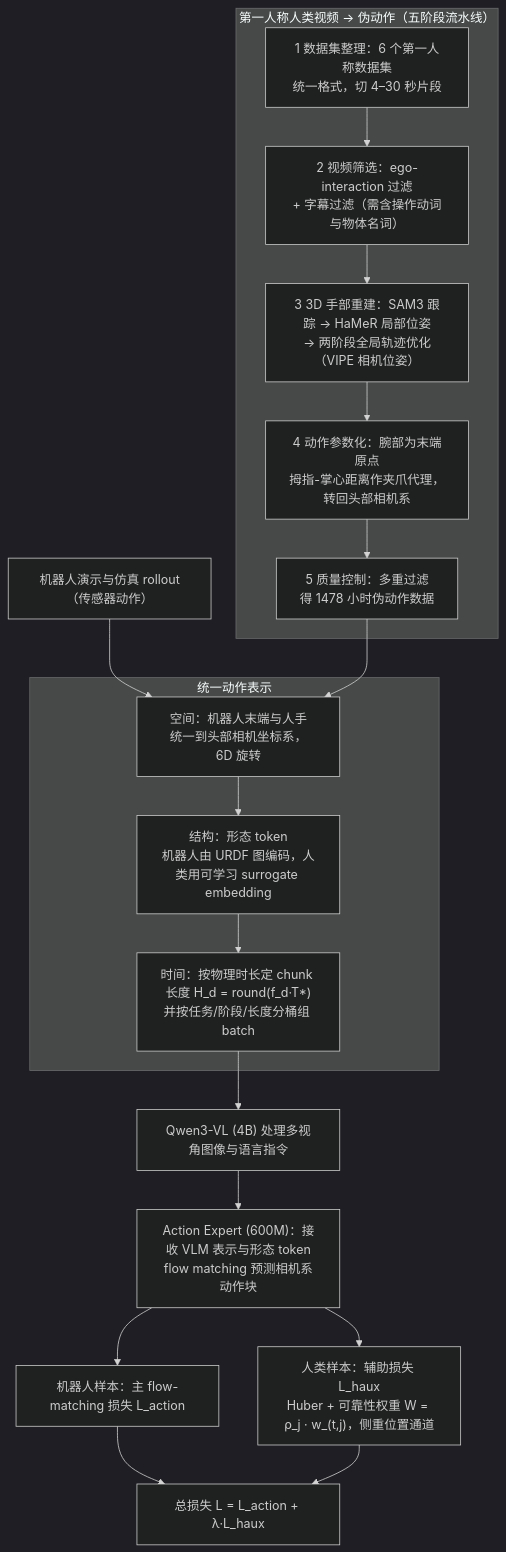
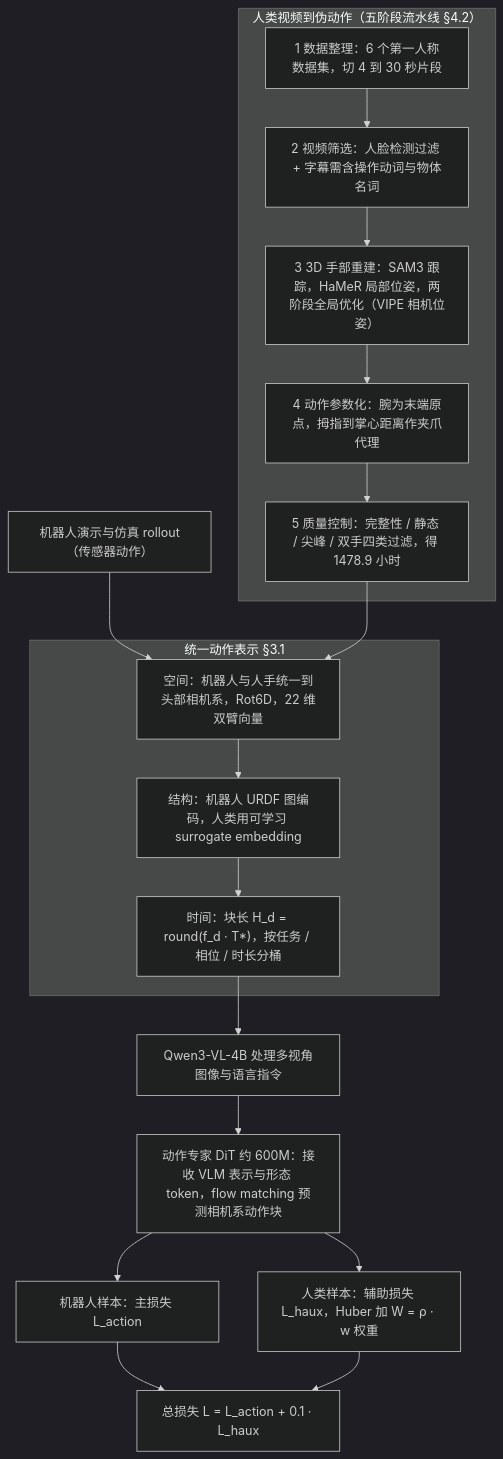
The diagram in wiki/entities/paper-sa-2606-17200-ace-ego-0-unifying-egocentric-human-and-robotic.md (ImChong/Robotics_Notebooks), drawn with Mermaid (dark theme) before and after one commit. The commit also changed other lines of this file and 196 other files, not shown here.

````diff
--- a/wiki/entities/paper-sa-2606-17200-ace-ego-0-unifying-egocentric-human-and-robotic.md
+++ b/wiki/entities/paper-sa-2606-17200-ace-ego-0-unifying-egocentric-human-and-robotic.md
@@ -47,23 +71,23 @@
 ```mermaid
 flowchart TD
-    subgraph DATA["第一人称人类视频 → 伪动作（五阶段流水线）"]
-        H1["1 数据集整理：6 个第一人称数据集<br/>统一格式，切 4–30 秒片段"] --> H2["2 视频筛选：ego-interaction 过滤<br/>+ 字幕过滤（需含操作动词与物体名词）"]
-        H2 --> H3["3 3D 手部重建：SAM3 跟踪 → HaMeR 局部位姿<br/>→ 两阶段全局轨迹优化（VIPE 相机位姿）"]
-        H3 --> H4["4 动作参数化：腕部为末端原点<br/>拇指-掌心距离作夹爪代理，转回头部相机系"]
-        H4 --> H5["5 质量控制：多重过滤<br/>得 1478 小时伪动作数据"]
+    subgraph DATA["人类视频到伪动作（五阶段流水线 §4.2）"]
+        H1["1 数据整理：6 个第一人称数据集，切 4 到 30 秒片段"] --> H2["2 视频筛选：人脸检测过滤 + 字幕需含操作动词与物体名词"]
+        H2 --> H3["3 3D 手部重建：SAM3 跟踪，HaMeR 局部位姿，两阶段全局优化（VIPE 相机位姿）"]
+        H3 --> H4["4 动作参数化：腕为末端原点，拇指到掌心距离作夹爪代理"]
+        H4 --> H5["5 质量控制：完整性 / 静态 / 尖峰 / 双手四类过滤，得 1478.9 小时"]
     end
-    subgraph UNI["统一动作表示"]
-        U1["空间：机器人末端与人手<br/>统一到头部相机坐标系，6D 旋转"]
-        U2["结构：形态 token<br/>机器人由 URDF 图编码，人类用可学习 surrogate embedding"]
-        U3["时间：按物理时长定 chunk 长度 H_d = round(f_d·T*)<br/>并按任务/阶段/长度分桶组 batch"]
+    subgraph UNI["统一动作表示 §3.1"]
+        U1["空间：机器人与人手统一到头部相机系，Rot6D，22 维双臂向量"]
+        U2["结构：机器人 URDF 图编码，人类用可学习 surrogate embedding"]
+        U3["时间：块长 H_d = round(f_d · T*)，按任务 / 相位 / 时长分桶"]
     end
     R["机器人演示与仿真 rollout（传感器动作）"] --> U1
     H5 --> U1
     U1 --> U2 --> U3
-    U3 --> VLM["Qwen3-VL (4B) 处理多视角图像与语言指令"]
-    VLM --> AX["Action Expert (600M)：接收 VLM 表示与形态 token<br/>flow matching 预测相机系动作块"]
-    AX --> LR["机器人样本：主 flow-matching 损失 L_action"]
-    AX --> LH["人类样本：辅助损失 L_haux<br/>Huber + 可靠性权重 W = ρ_j · w_(t,j)，侧重位置通道"]
-    LR --> TOT["总损失 L = L_action + λ·L_haux"]
+    U3 --> VLM["Qwen3-VL-4B 处理多视角图像与语言指令"]
+    VLM --> AX["动作专家 DiT 约 600M：接收 VLM 表示与形态 token，flow matching 预测相机系动作块"]
+    AX --> LR["机器人样本：主损失 L_action"]
+    AX --> LH["人类样本：辅助损失 L_haux，Huber 加 W = ρ · w 权重"]
+    LR --> TOT["总损失 L = L_action + 0.1 · L_haux"]
     LH --> TOT
 ```
````
